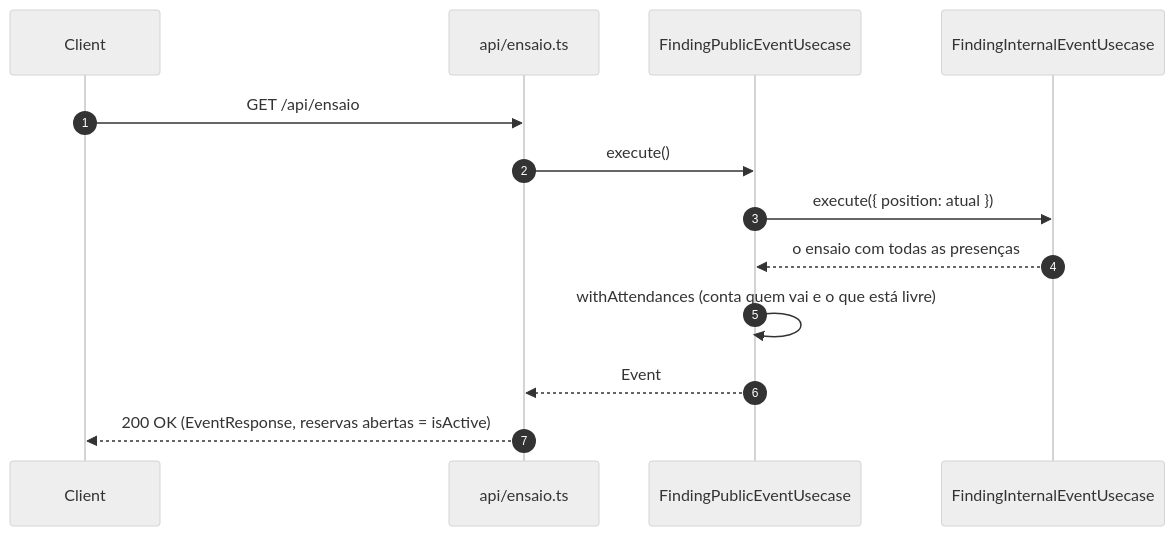
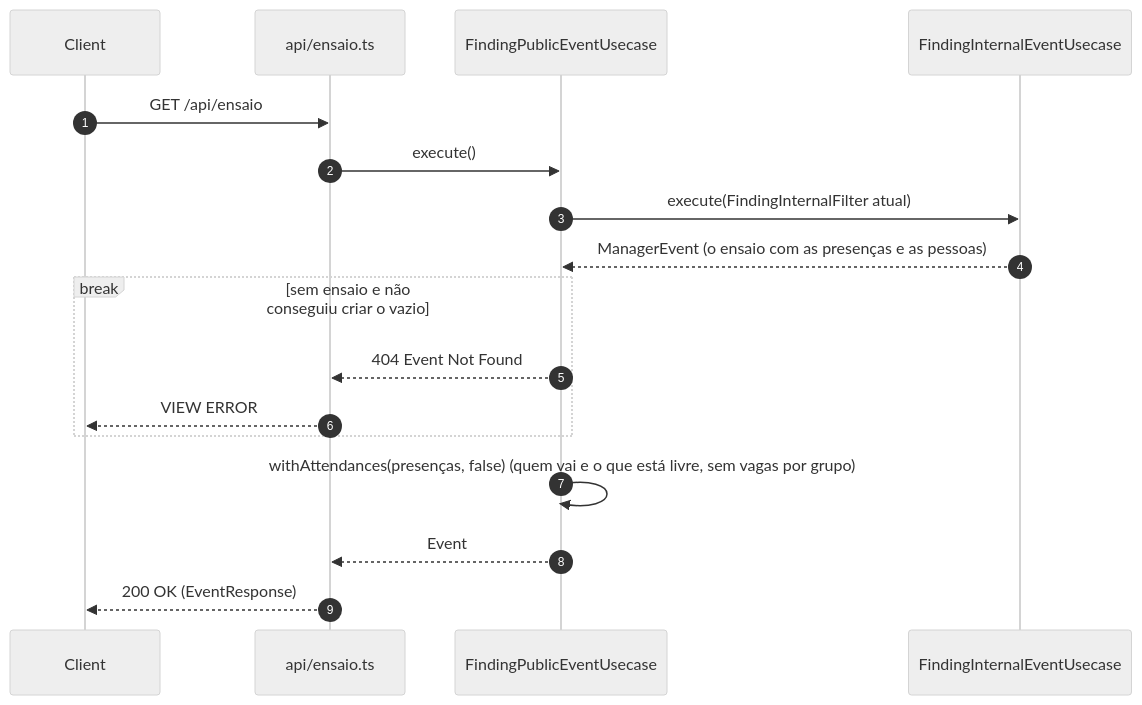
One commit to brubriele/hormonios-garoa changed the diagram in docs/usecases/ensaio.md. Above: the diagram before and after it, drawn with Mermaid (neutral theme). The commit also changed 4 other files, not shown here.

First line of the commit message:
docs: diagramas de sequência dos usecases no formato da skill sequence-diagram

````diff
--- a/docs/usecases/ensaio.md
+++ b/docs/usecases/ensaio.md
@@ -15,16 +15,20 @@
 ```mermaid
 sequenceDiagram
     autonumber
     participant C as Client
     participant APP as api/ensaio.ts
     participant UC as FindingPublicEventUsecase
     participant FI as FindingInternalEventUsecase
 
     C->>APP: GET /api/ensaio
     APP->>UC: execute()
-    UC->>FI: execute({ position: atual })
-    FI-->>UC: o ensaio com todas as presenças
-    UC->>UC: withAttendances (conta quem vai e o que está livre)
+    UC->>FI: execute(FindingInternalFilter atual)
+    FI-->>UC: ManagerEvent (o ensaio com as presenças e as pessoas)
+    break sem ensaio e não conseguiu criar o vazio
+        UC-->>APP: 404 Event Not Found
+        APP-->>C: VIEW ERROR
+    end
+    UC->>UC: withAttendances(presenças, false) (quem vai e o que está livre, sem vagas por grupo)
     UC-->>APP: Event
-    APP-->>C: 200 OK (EventResponse, reservas abertas = isActive)
+    APP-->>C: 200 OK (EventResponse)
 ```
````
